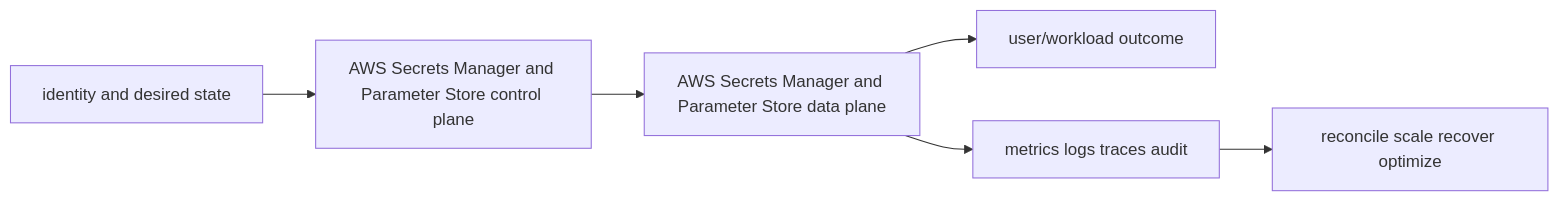
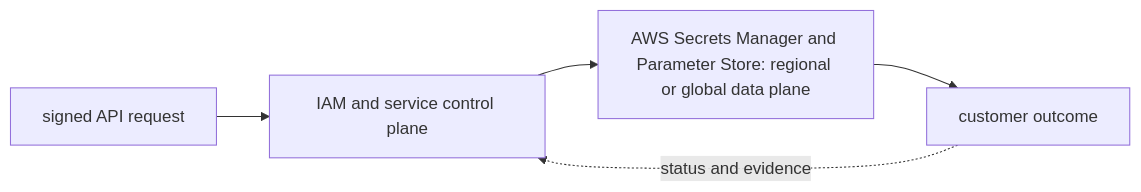
The diagram in 07-aws/09-security-operations/02-secrets-manager/README.md (tomkidumbuyo/DevOps-interview-preparation), drawn with Mermaid before and after one commit. The commit also changed other lines of this file and 753 other files, not shown here.

````diff
--- a/07-aws/09-security-operations/02-secrets-manager/README.md
+++ b/07-aws/09-security-operations/02-secrets-manager/README.md
@@ -19,8 +31,7 @@
 ```mermaid
 flowchart LR
-  I[identity and desired state] --> C[AWS Secrets Manager and Parameter Store control plane]
-  C --> D[AWS Secrets Manager and Parameter Store data plane]
-  D --> U[user/workload outcome]
-  D --> O[metrics logs traces audit]
-  O --> R[reconcile scale recover optimize]
+  A["signed API request"] --> B["IAM and service control plane"]
+  B --> C["AWS Secrets Manager and Parameter Store: regional or global data plane"]
+  C --> D["customer outcome"]
+  D -. "status and evidence" .-> B
 ```
````
